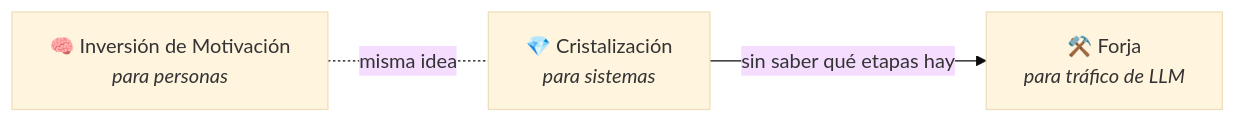
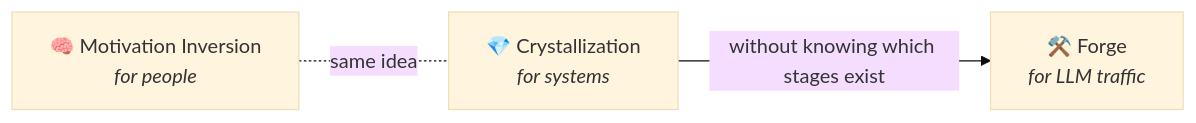
Before and after one commit to AbstractBike/SilvioMaciasSanchez: the diagram in README.md, drawn with Mermaid (base theme). The commit also changed other lines of this file and 4 other files, not shown here.

````diff
--- a/README.md
+++ b/README.md
@@ -21,5 +21,5 @@
 ```mermaid
 flowchart LR
-    IM["🧠 Inversión de Motivación<br/><i>para personas</i>"] -. "misma idea" .- CR["💎 Cristalización<br/><i>para sistemas</i>"]
-    CR -->|"sin saber qué etapas hay"| FO["⚒️ Forja<br/><i>para tráfico de LLM</i>"]
+    IM["🧠 Motivation Inversion<br/><i>for people</i>"] -. "same idea" .- CR["💎 Crystallization<br/><i>for systems</i>"]
+    CR -->|"without knowing which stages exist"| FO["⚒️ Forge<br/><i>for LLM traffic</i>"]
 ```
````
